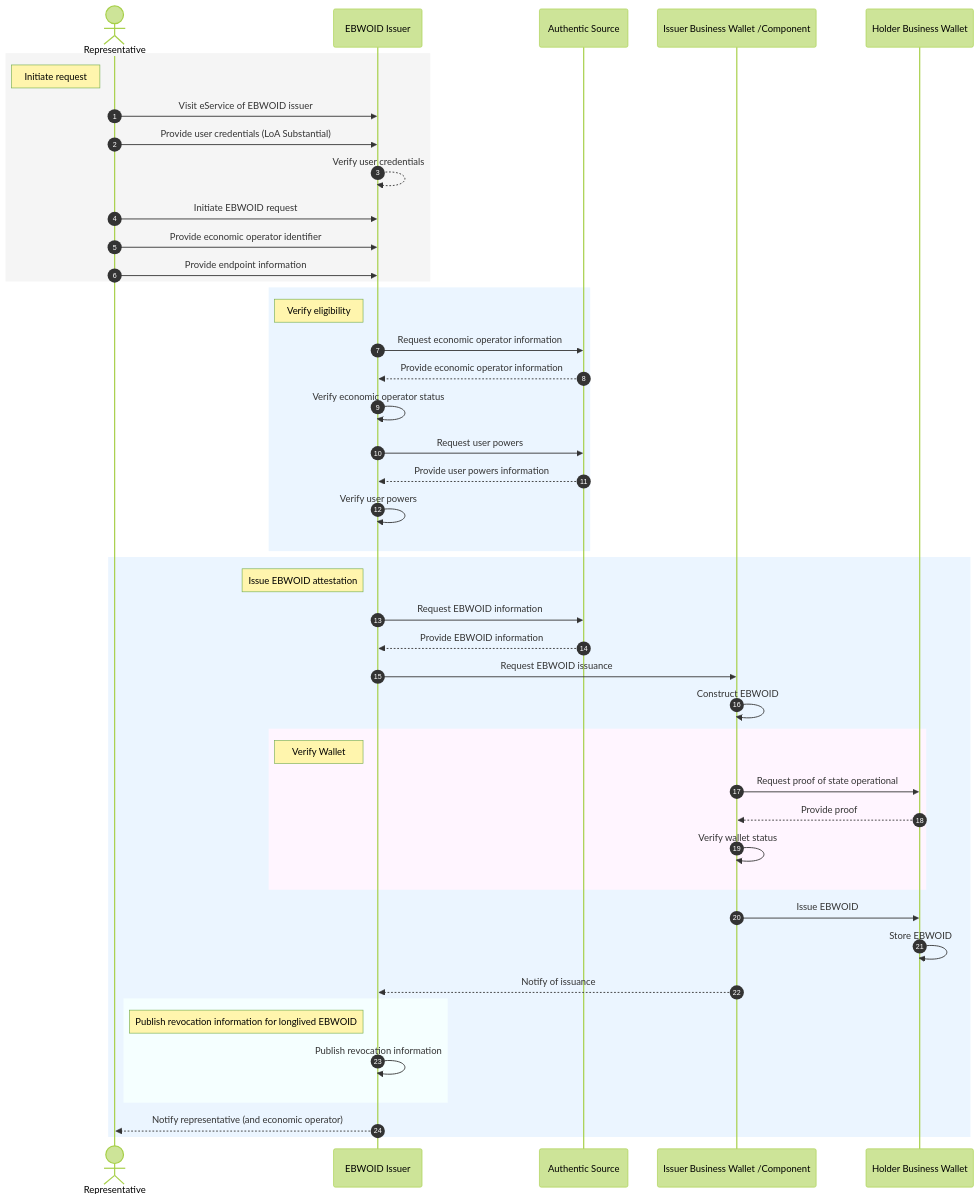
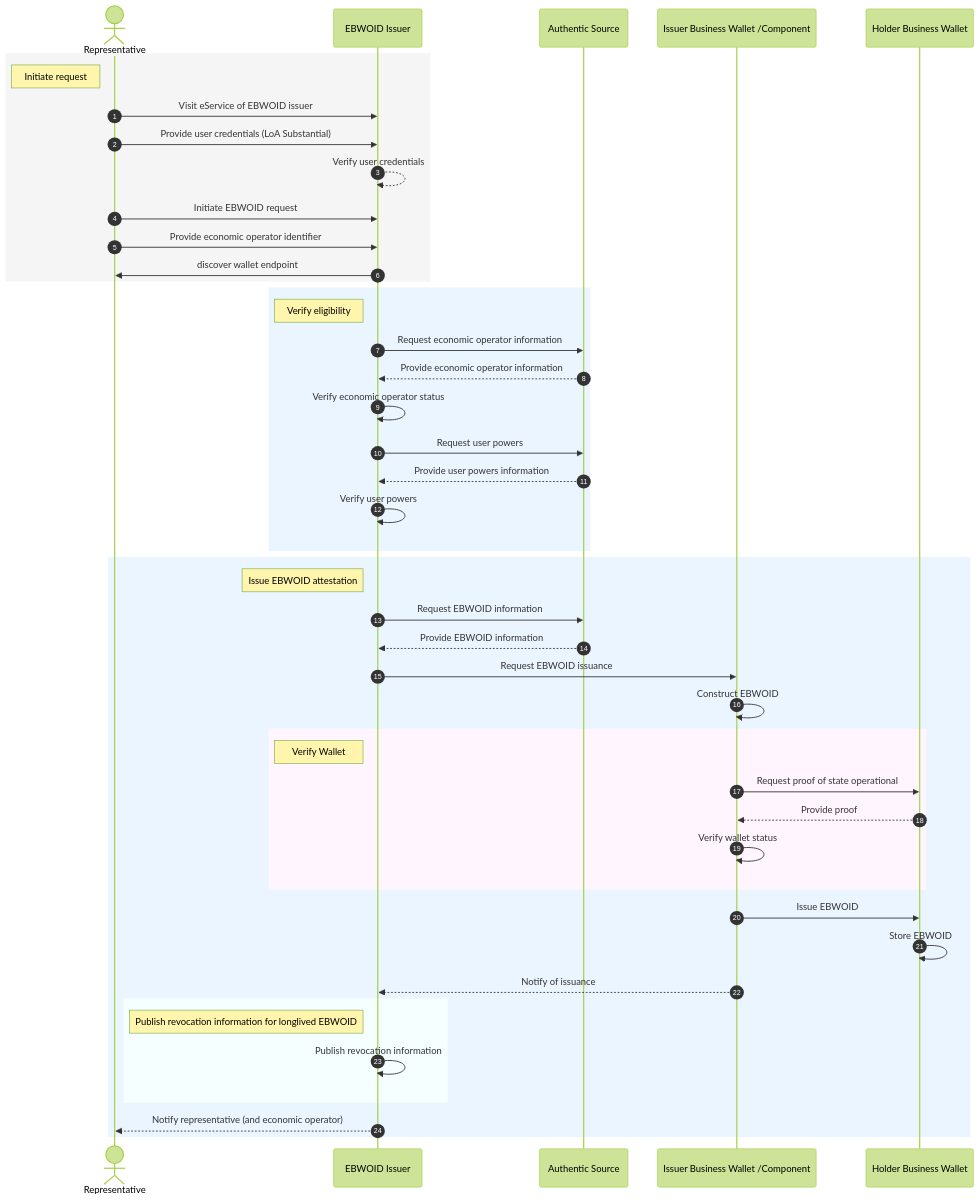
One commit to webuild-consortium/wp4-architecture changed the third of 3 diagrams in blueprint/04-integration-model.md. Above: the diagram before and after it, drawn with Mermaid (forest theme).

Commit message:
Update 04-integration-model.md
Update EBWOID issuance sequence with suggestion by @leifj and @miguelaguilar-bv

````diff
--- a/blueprint/04-integration-model.md
+++ b/blueprint/04-integration-model.md
@@ -81,63 +81,63 @@
 ``` mermaid
 sequenceDiagram
   autonumber
   actor Rep as Representative
   participant Issuer as EBWOID Issuer
   participant AS as Authentic Source
   participant IW as Issuer Business Wallet /Component
   participant HW as Holder Business Wallet
   %%participant Reg as Revocation Directory
 
   rect rgb(245,245,245)
     Note left of Rep: Initiate request
     Rep->>Issuer: Visit eService of EBWOID issuer
     %% either through an eservice or initiated from the wallet
     Rep->>Issuer: Provide user credentials (LoA Substantial)
     Issuer-->>Issuer: Verify user credentials
     Rep->>Issuer: Initiate EBWOID request
     Rep->>Issuer: Provide economic operator identifier
     %%user can either provide, select or choose the identifier
-    Rep->>Issuer: Provide endpoint information
+    Issuer->>Rep: discover wallet endpoint
     %%EBW. could be previously registered. issuer needs to understand where to send the credential offer
   end
 
   rect rgb(235,245,255)
     Note left of Issuer: Verify eligibility
       Issuer->>AS: Request economic operator information
       AS-->>Issuer: Provide economic operator information
       Issuer->>Issuer: Verify economic operator status
       Issuer->>AS: Request user powers
       AS-->>Issuer: Provide user powers information
       Issuer->>Issuer: Verify user powers
       %%Assumption the user has representation or signatory rights to request EBWOID issuance according to national regulation
       %%The issuer may need a signature as part of the eligibility process
   end
   
   rect rgb(235,245,255)
     Note left of Issuer: Issue EBWOID attestation
     Issuer->>AS: Request EBWOID information
     AS-->>Issuer: Provide EBWOID information
     Issuer->>IW: Request EBWOID issuance
     IW->>IW: Construct EBWOID
 
     rect rgb(255,245,255)
 %%Verify that the wallet is operational to receive the EBWOID credential
 
     Note left of Issuer: Verify Wallet
     IW->>HW: Request proof of state operational
     HW-->>IW: Provide proof
     IW->>IW: Verify wallet status
 end
     IW->>HW: Issue EBWOID
     HW->>HW: Store EBWOID
     %%Business 
     IW-->>Issuer: Notify of issuance
     
     rect rgb(245,345,355)
     Note left of Issuer: Publish revocation information for longlived EBWOID
     Issuer->>Issuer: Publish revocation information
     %%Publish to Trust register
 end
     Issuer-->>Rep: Notify representative (and economic operator)
 end
 ```
````
